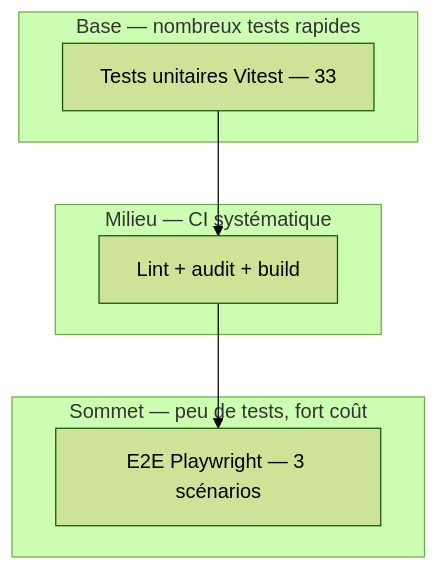
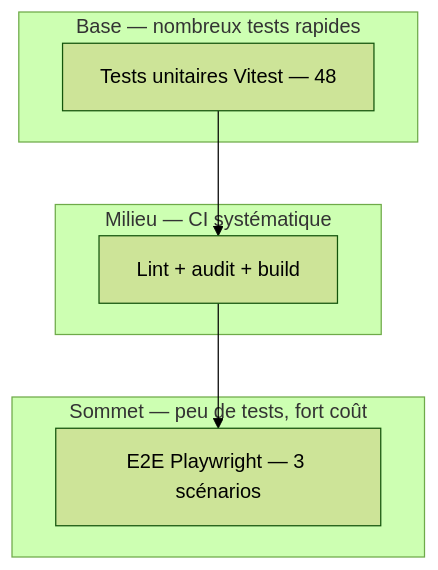
The diagram in docs/ENJEUX_PLAN_TEST.md (Meriem1403/Hublot), drawn with Mermaid (forest theme) before and after one commit. The commit also changed other lines of this file and 16 other files, not shown here.

````diff
--- a/docs/ENJEUX_PLAN_TEST.md
+++ b/docs/ENJEUX_PLAN_TEST.md
@@ -94,13 +96,13 @@
 ```mermaid
 flowchart TB
   subgraph top [Sommet — peu de tests, fort coût]
     E2E[E2E Playwright — 3 scénarios]
   end
   subgraph mid [Milieu — CI systématique]
     CI[Lint + audit + build]
   end
   subgraph base [Base — nombreux tests rapides]
-    U[Tests unitaires Vitest — 33]
+    U[Tests unitaires Vitest — 48]
   end
   U --> CI --> E2E
 ```
````
